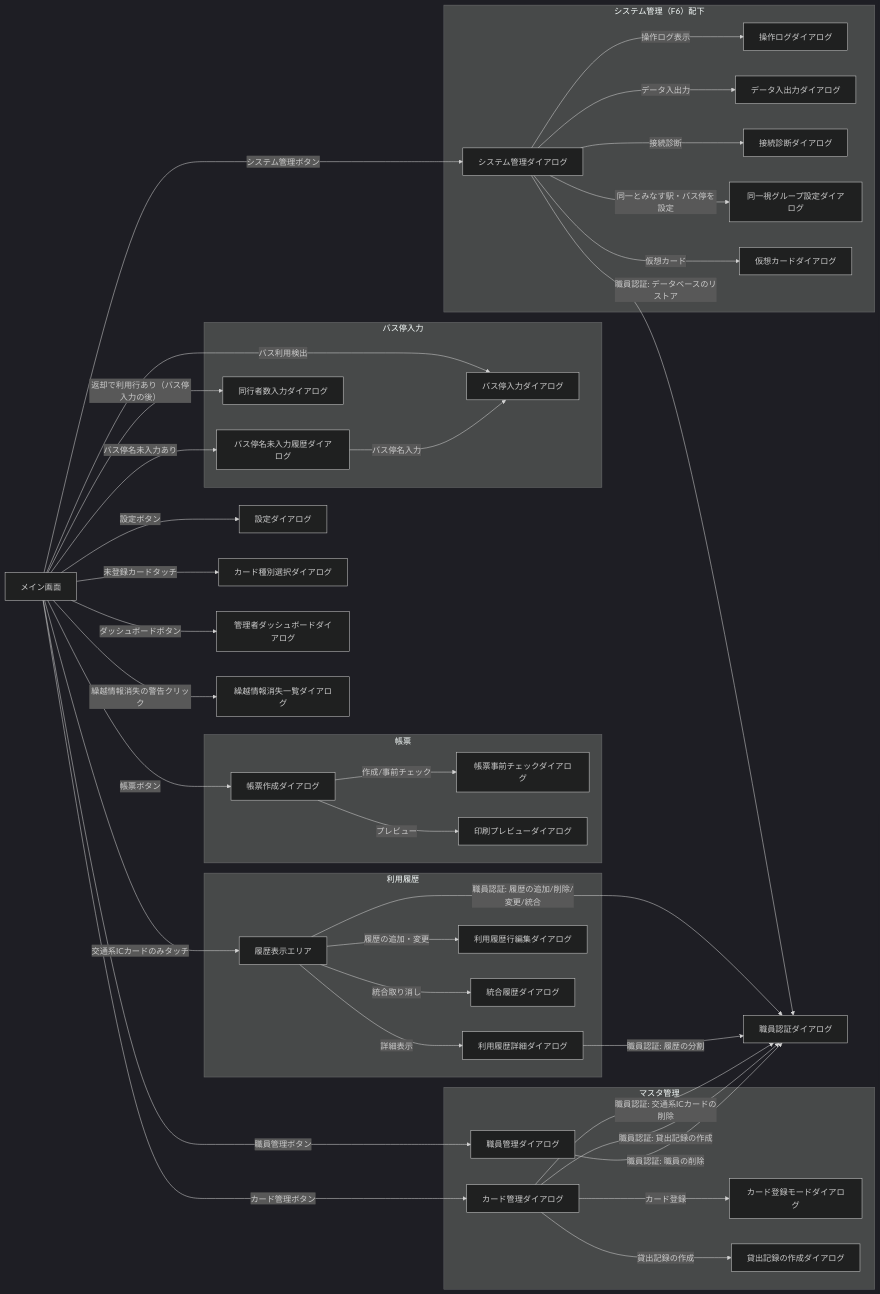
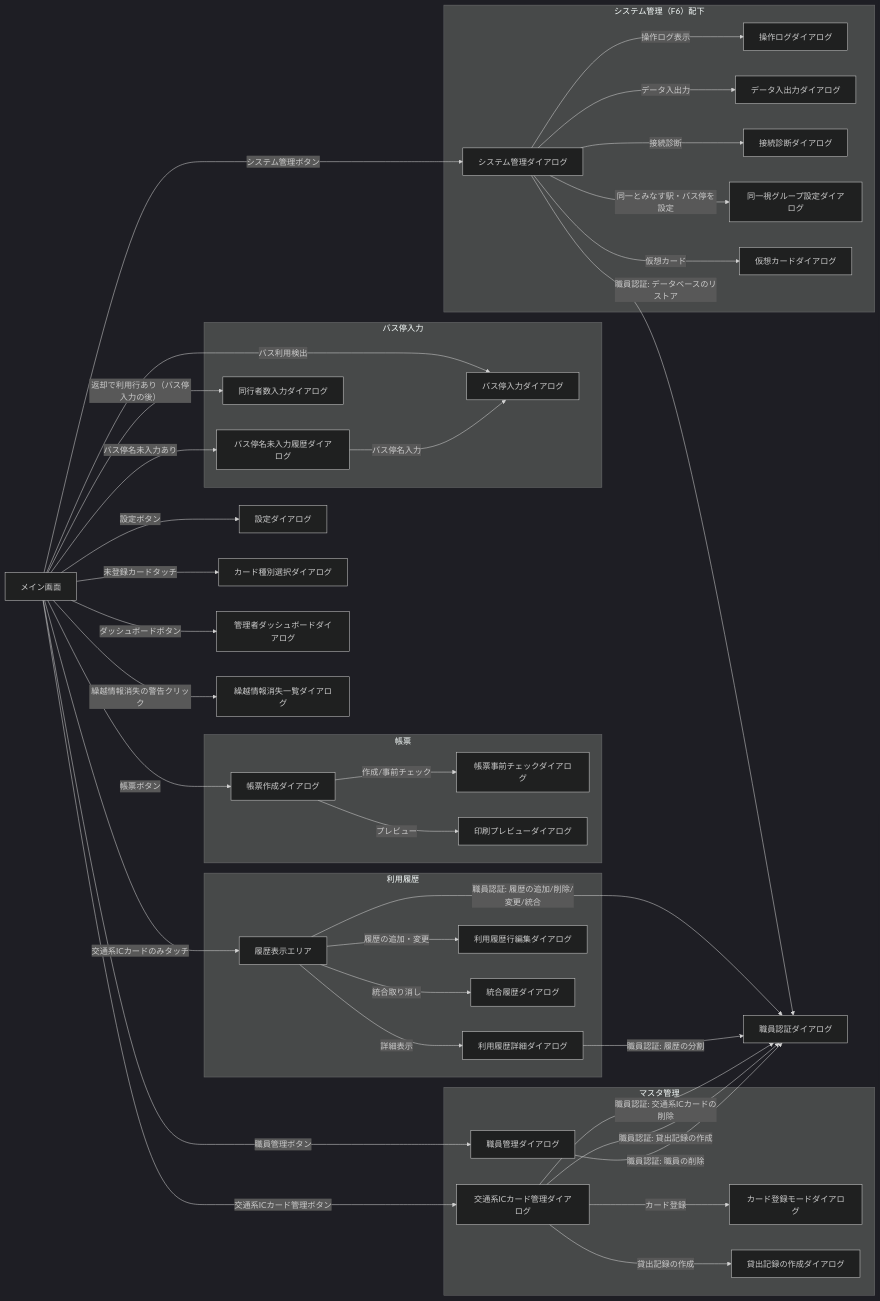
The first of 2 diagrams in ICCardManager/docs/design/03_画面設計書.md (kuwayamamasayuki/ICCardManager), drawn with Mermaid (dark theme) before and after one commit. The commit also changed other lines of this file and 19 other files, not shown here.

````diff
--- a/ICCardManager/docs/design/03_画面設計書.md
+++ b/ICCardManager/docs/design/03_画面設計書.md
@@ -18,79 +18,79 @@
 ```mermaid
 graph LR
     MAIN[メイン画面]
     SETTINGS[設定ダイアログ]
     CARDTYPE[カード種別選択ダイアログ]
     STAFFAUTH[職員認証ダイアログ]
     ADMINDASH[管理者ダッシュボードダイアログ]
 
     subgraph SG_MASTER[マスタ管理]
         STAFF[職員管理ダイアログ]
-        CARD[カード管理ダイアログ]
+        CARD[交通系ICカード管理ダイアログ]
         CARDREGMODE[カード登録モードダイアログ]
         SYSLEND[貸出記録の作成ダイアログ]
     end
 
     subgraph SG_HISTORY[利用履歴]
         HISTORY[履歴表示エリア]
         LEDGERDETAIL[利用履歴詳細ダイアログ]
         LEDGERROWEDIT[利用履歴行編集ダイアログ]
         MERGEHIST[統合履歴ダイアログ]
     end
 
     subgraph SG_REPORT[帳票]
         REPORT[帳票作成ダイアログ]
         PREFLIGHT[帳票事前チェックダイアログ]
         PREVIEW[印刷プレビューダイアログ]
     end
 
     subgraph SG_BUSSTOP[バス停入力]
         BUSSTOP[バス停入力ダイアログ]
         INCBUSSTOP[バス停名未入力履歴ダイアログ]
         COMPANION[同行者数入力ダイアログ]
     end
 
     CARRYLOSS[繰越情報消失一覧ダイアログ]
 
     subgraph SG_SYSTEM[システム管理（F6）配下]
         SYSMGMT[システム管理ダイアログ]
         OPLOG[操作ログダイアログ]
         DATAEXIMP[データ入出力ダイアログ]
         DIAG[接続診断ダイアログ]
         TSGROUP[同一視グループ設定ダイアログ]
         VIRTUALCARD[仮想カードダイアログ]
     end
 
     MAIN -->|職員管理ボタン| STAFF
-    MAIN -->|カード管理ボタン| CARD
+    MAIN -->|交通系ICカード管理ボタン| CARD
     MAIN -->|設定ボタン| SETTINGS
     MAIN -->|帳票ボタン| REPORT
     MAIN -->|システム管理ボタン| SYSMGMT
     MAIN -->|ダッシュボードボタン| ADMINDASH
     MAIN -->|交通系ICカードのみタッチ| HISTORY
     MAIN -->|バス利用検出| BUSSTOP
     MAIN -->|返却で利用行あり（バス停入力の後）| COMPANION
     MAIN -->|未登録カードタッチ| CARDTYPE
     MAIN -->|バス停名未入力あり| INCBUSSTOP
     MAIN -->|繰越情報消失の警告クリック| CARRYLOSS
 
     CARD -->|カード登録| CARDREGMODE
     CARD -->|貸出記録の作成| SYSLEND
     HISTORY -->|詳細表示| LEDGERDETAIL
     HISTORY -->|履歴の追加・変更| LEDGERROWEDIT
     HISTORY -->|統合取り消し| MERGEHIST
     REPORT -->|作成/事前チェック| PREFLIGHT
     REPORT -->|プレビュー| PREVIEW
     INCBUSSTOP -->|バス停名入力| BUSSTOP
     SYSMGMT -->|操作ログ表示| OPLOG
     SYSMGMT -->|データ入出力| DATAEXIMP
     SYSMGMT -->|接続診断| DIAG
     SYSMGMT -->|同一とみなす駅・バス停を設定| TSGROUP
     SYSMGMT -->|仮想カード| VIRTUALCARD
 
     CARD -->|職員認証: 交通系ICカードの削除| STAFFAUTH
     CARD -->|職員認証: 貸出記録の作成| STAFFAUTH
     STAFF -->|職員認証: 職員の削除| STAFFAUTH
     HISTORY -->|職員認証: 履歴の追加/削除/変更/統合| STAFFAUTH
     LEDGERDETAIL -->|職員認証: 履歴の分割| STAFFAUTH
     SYSMGMT -->|職員認証: データベースのリストア| STAFFAUTH
 ```
````
